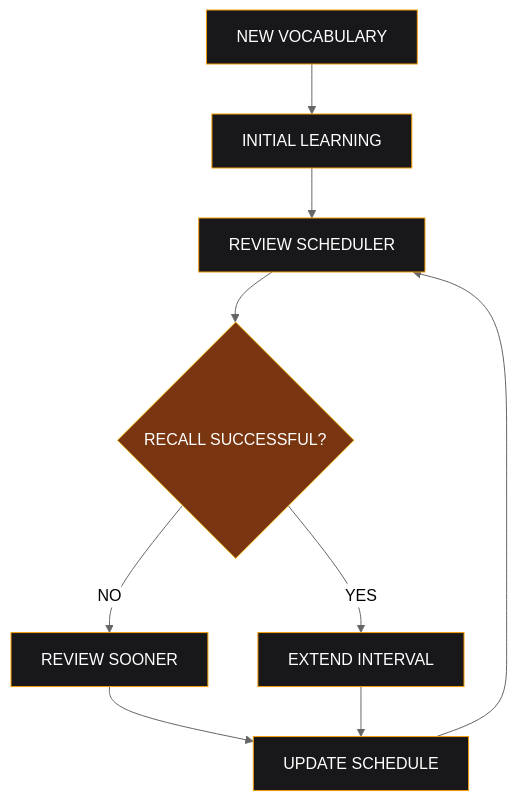
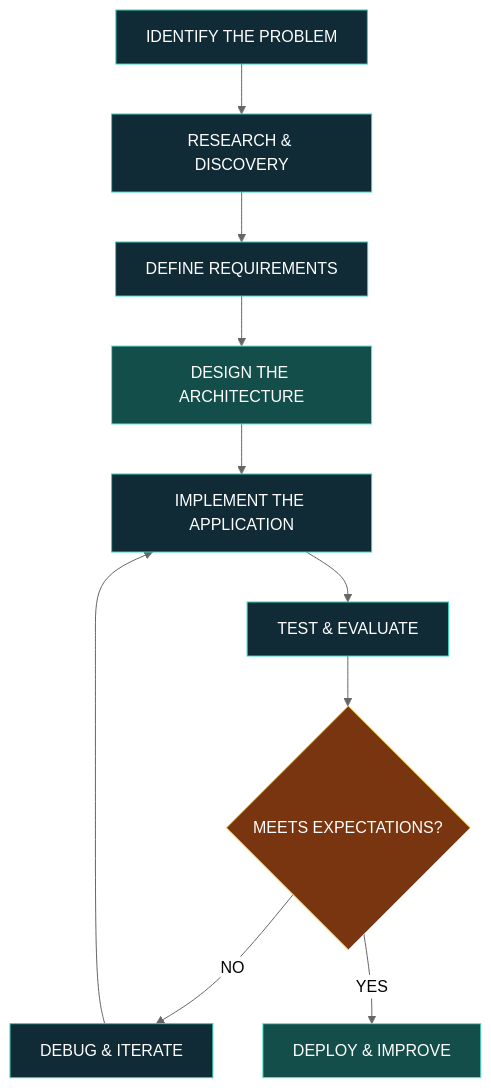
The third of 3 diagrams in README.md (Talha0708/Talha0708), drawn with Mermaid (neutral theme) before and after one commit. The commit also changed other lines of this file, not shown here.

````diff
--- a/README.md
+++ b/README.md
@@ -193,19 +456,22 @@
 ```mermaid
 flowchart TD
-    A["NEW VOCABULARY"] --> B["INITIAL LEARNING"]
-    B --> C["REVIEW SCHEDULER"]
-    C --> D{"RECALL SUCCESSFUL?"}
-    D -->|NO| E["REVIEW SOONER"]
-    D -->|YES| F["EXTEND INTERVAL"]
-    E --> G["UPDATE SCHEDULE"]
-    F --> G
-    G --> C
+    A["IDENTIFY THE PROBLEM"] --> B["RESEARCH & DISCOVERY"]
+    B --> C["DEFINE REQUIREMENTS"]
+    C --> D["DESIGN THE ARCHITECTURE"]
+    D --> E["IMPLEMENT THE APPLICATION"]
+    E --> F["TEST & EVALUATE"]
+    F --> G{"MEETS EXPECTATIONS?"}
+    G -->|NO| H["DEBUG & ITERATE"]
+    H --> E
+    G -->|YES| I["DEPLOY & IMPROVE"]
 
-    style A fill:#18181B,stroke:#F59E0B,color:#fff
-    style B fill:#18181B,stroke:#F59E0B,color:#fff
-    style C fill:#18181B,stroke:#F59E0B,color:#fff
-    style D fill:#78350F,stroke:#FBBF24,color:#fff
-    style E fill:#18181B,stroke:#F59E0B,color:#fff
-    style F fill:#18181B,stroke:#F59E0B,color:#fff
-    style G fill:#18181B,stroke:#F59E0B,color:#fff
+    style A fill:#102A36,stroke:#2DD4BF,color:#fff
+    style B fill:#102A36,stroke:#2DD4BF,color:#fff
+    style C fill:#102A36,stroke:#2DD4BF,color:#fff
+    style D fill:#134E4A,stroke:#5EEAD4,color:#fff
+    style E fill:#102A36,stroke:#2DD4BF,color:#fff
+    style F fill:#102A36,stroke:#2DD4BF,color:#fff
+    style G fill:#78350F,stroke:#FBBF24,color:#fff
+    style H fill:#102A36,stroke:#2DD4BF,color:#fff
+    style I fill:#134E4A,stroke:#5EEAD4,color:#fff
 ```
````
